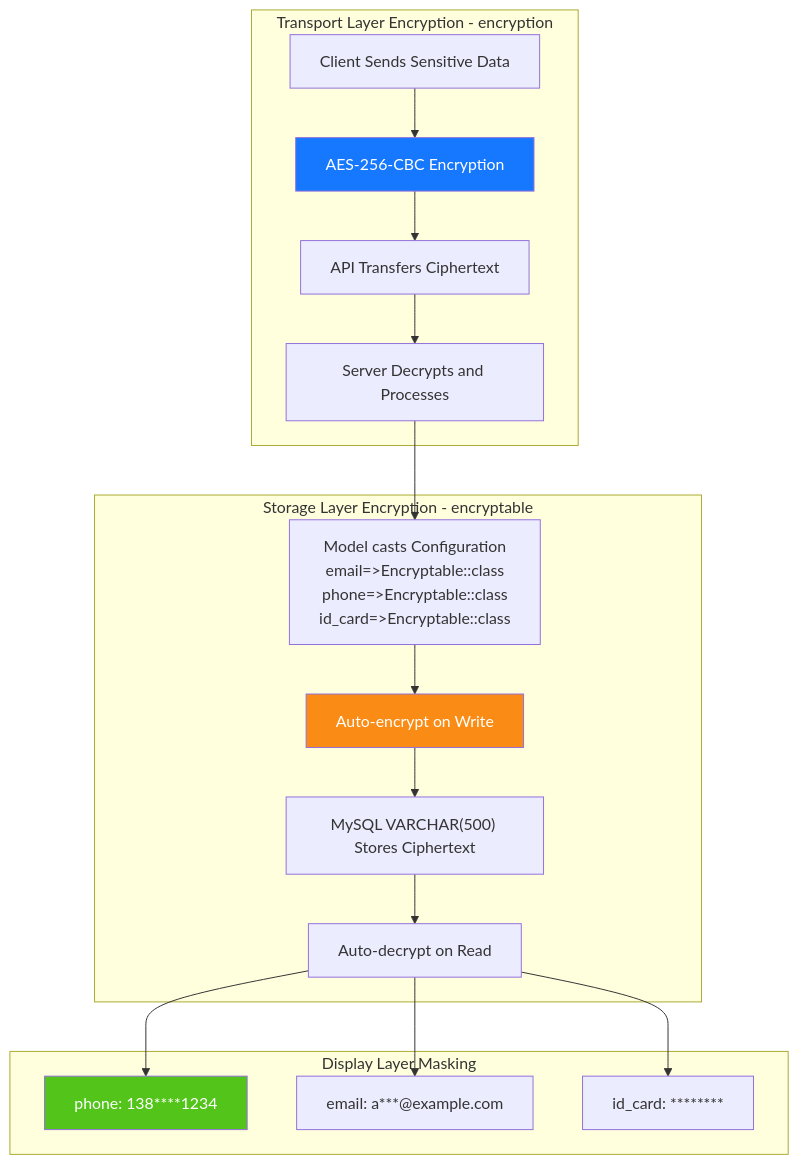
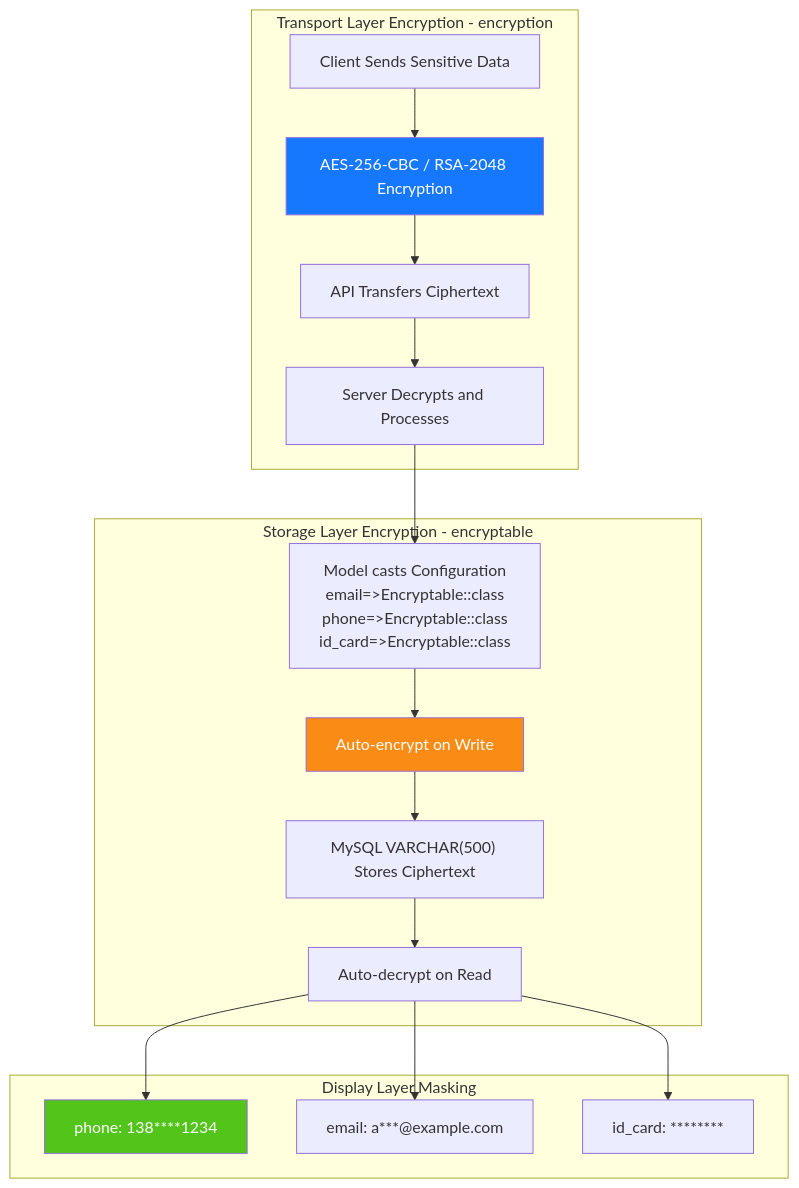
One commit to erikwang2013/open-admin changed the diagram in docs/diagrams/07-encryption-layers.en.md. Above: the diagram before and after it, drawn with Mermaid. The commit also changed 62 other files, not shown here.

````diff
--- a/docs/diagrams/07-encryption-layers.en.md
+++ b/docs/diagrams/07-encryption-layers.en.md
@@ -7,31 +7,31 @@
 ```mermaid
 flowchart TB
     subgraph transport["Transport Layer Encryption - encryption"]
         e1["Client Sends Sensitive Data"]
-        e2["AES-256-CBC Encryption"]
+        e2["AES-256-CBC / RSA-2048 Encryption"]
         e3["API Transfers Ciphertext"]
         e4["Server Decrypts and Processes"]
         e1 --> e2 --> e3 --> e4
     end
 
     subgraph storage["Storage Layer Encryption - encryptable"]
         d1["Model casts Configuration<br/>email=>Encryptable::class<br/>phone=>Encryptable::class<br/>id_card=>Encryptable::class"]
         d2["Auto-encrypt on Write"]
         d3["MySQL VARCHAR(500) Stores Ciphertext"]
         d4["Auto-decrypt on Read"]
         d1 --> d2 --> d3 --> d4
     end
 
     subgraph mask["Display Layer Masking"]
         m1["phone: 138****1234"]
         m2["email: a***@example.com"]
         m3["id_card: ********"]
         d4 --> m1 & m2 & m3
     end
 
     e4 --> d1
 
     style e2 fill:#1677FF,color:#fff
     style d2 fill:#FA8C16,color:#fff
     style m1 fill:#52C41A,color:#fff
 ```
````
